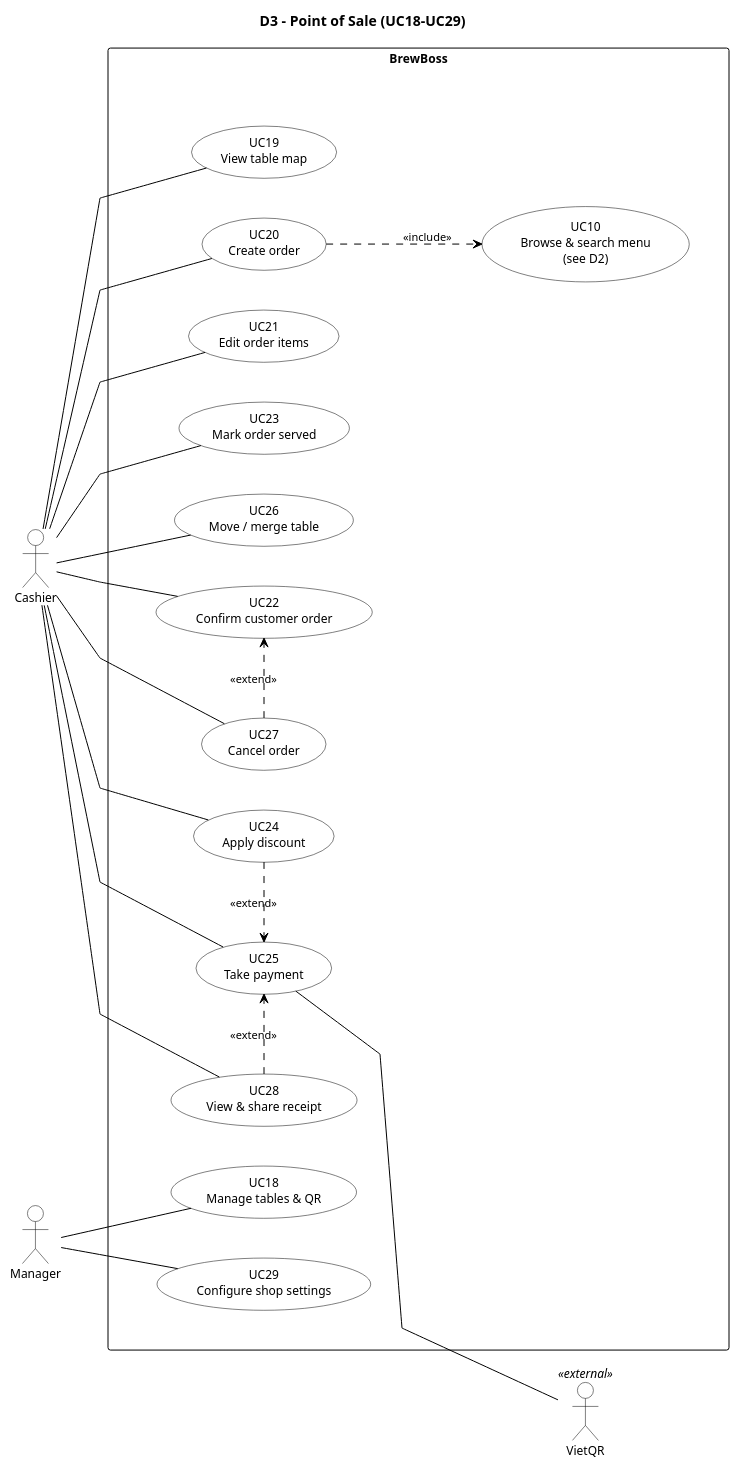
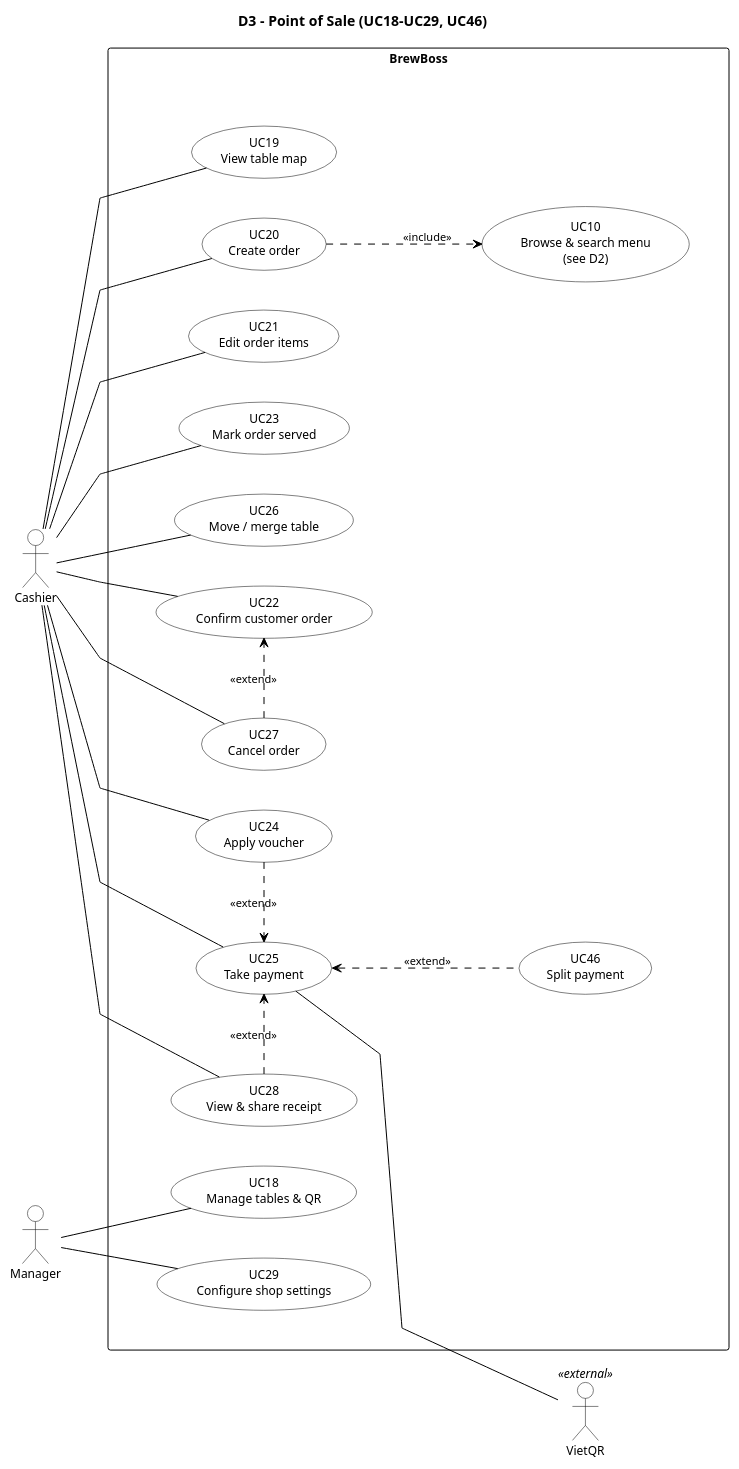
One commit to huytran303/CafeManagementSystem changed the diagram in docs/diagrams/D3_PointOfSale.puml. Above: the diagram before and after it, drawn with PlantUML. The commit also changed 23 other files, not shown here.

First line of the commit message:
docs: add cash handover, split payment and voucher-only discount

```diff
--- a/docs/diagrams/D3_PointOfSale.puml
+++ b/docs/diagrams/D3_PointOfSale.puml
@@ -1,83 +1,85 @@
 @startuml BB_D3_PointOfSale
 left to right direction
 skinparam linetype polyline
 skinparam nodesep 40
 skinparam ranksep 60
 skinparam backgroundColor White
 skinparam shadowing false
 skinparam defaultFontName Helvetica
 skinparam defaultFontSize 12
 skinparam ArrowColor Black
 skinparam ArrowFontSize 11
 skinparam actor {
   BackgroundColor White
   BorderColor Black
 }
 skinparam usecase {
   BackgroundColor White
   BorderColor Black
 }
 skinparam rectangle {
   BackgroundColor White
   BorderColor Black
 }
 skinparam package {
   BackgroundColor White
   BorderColor Black
 }
 ' inner frame: invisible, only adds padding inside the system boundary
 skinparam rectangle<<inner>> {
   BorderColor Transparent
   FontColor Transparent
 }
 hide <<inner>> stereotype
 
-title D3 - Point of Sale (UC18-UC29)
+title D3 - Point of Sale (UC18-UC29, UC46)
 
 actor "Cashier" as CAS
 actor "Manager" as MGR
 actor "VietQR" as VQR <<external>>
 
 rectangle "BrewBoss" {
   rectangle " " <<inner>> {
     usecase "UC18\nManage tables & QR" as UC18
     usecase "UC19\nView table map" as UC19
     usecase "UC20\nCreate order" as UC20
     usecase "UC21\nEdit order items" as UC21
     usecase "UC23\nMark order served" as UC23
     usecase "UC26\nMove / merge table" as UC26
     together {
       usecase "UC22\nConfirm customer order" as UC22
       usecase "UC27\nCancel order" as UC27
     }
     together {
-      usecase "UC24\nApply discount" as UC24
+      usecase "UC24\nApply voucher" as UC24
       usecase "UC25\nTake payment" as UC25
       usecase "UC28\nView & share receipt" as UC28
     }
     usecase "UC29\nConfigure shop settings" as UC29
+    usecase "UC46\nSplit payment" as UC46
     usecase "UC10\nBrowse & search menu\n(see D2)" as UC10
   }
 }
 
 CAS -- UC19
 CAS -- UC20
 CAS -- UC21
 CAS -- UC23
 CAS -- UC26
 CAS -- UC22
 CAS -- UC27
 CAS -- UC24
 CAS -- UC25
 CAS -- UC28
 
 MGR -- UC18
 MGR -- UC29
 
 UC20 ..> UC10 : <<include>>
 UC24 .[norank].> UC25 : <<extend>>
 UC28 .[norank].> UC25 : <<extend>>
+UC25 <.. UC46 : <<extend>>
 UC27 .[norank].> UC22 : <<extend>>
 UC25 -- VQR
 
 @enduml
```
